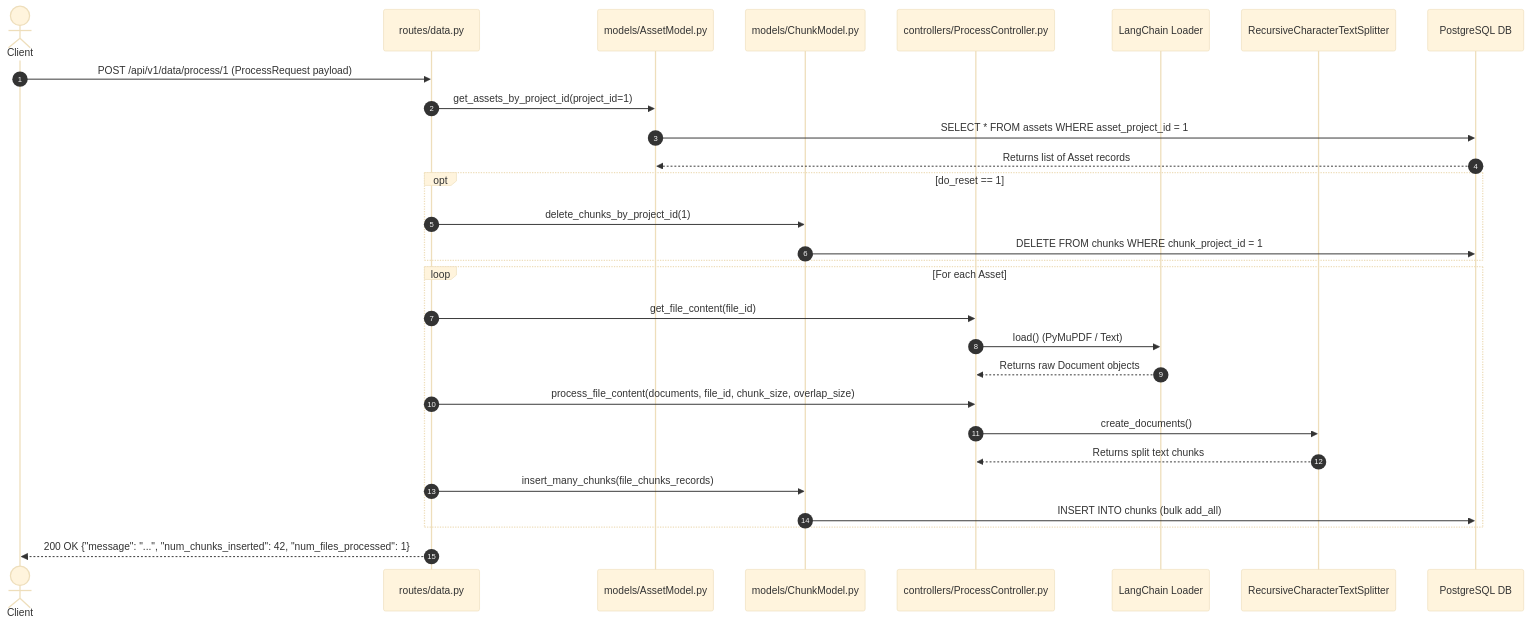
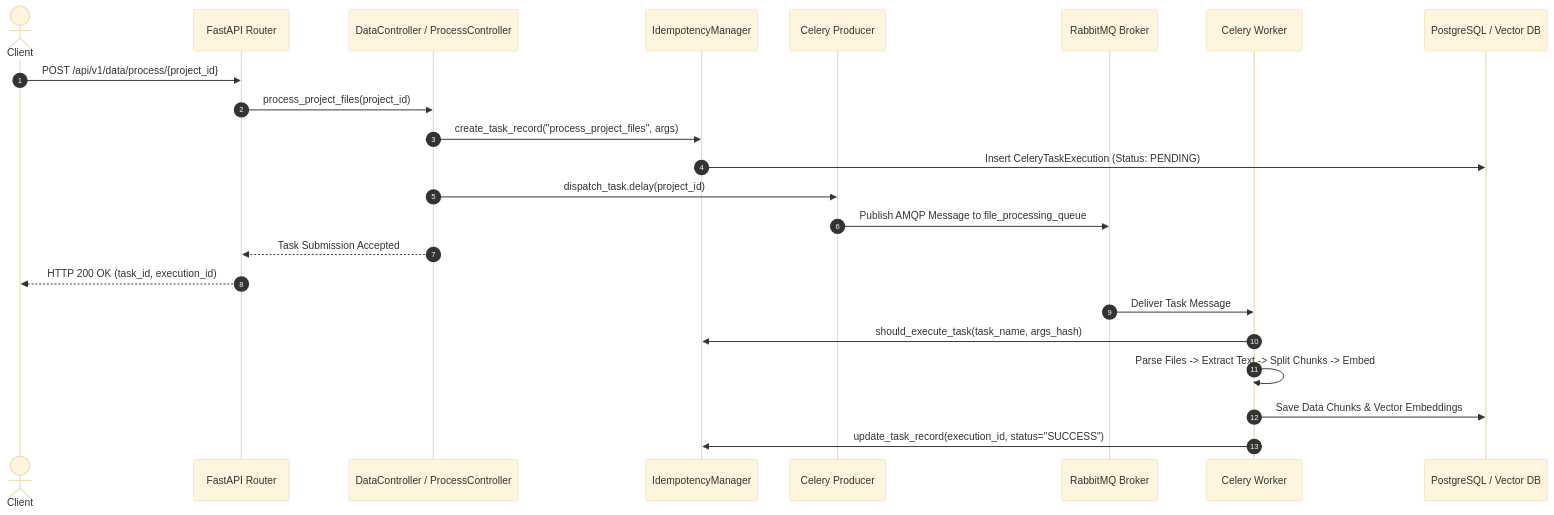
The third of 8 diagrams in README.md (ahmedeldamaty20/mini-rag), drawn with Mermaid (base theme) before and after one commit. The commit also changed other lines of this file and 1 other file, not shown here.

Commit message:
docs: restructure documentation into PROJECT_ARCHITECTURE.md and new production README.md

````diff
--- a/README.md
+++ b/README.md
@@ -331,32 +179,27 @@
 ```mermaid
 sequenceDiagram
     autonumber
     actor Client
-    participant Router as routes/data.py
-    participant AssetModel as models/AssetModel.py
-    participant ChunkModel as models/ChunkModel.py
-    participant ProcCtrl as controllers/ProcessController.py
-    participant Loader as LangChain Loader
-    participant Splitter as RecursiveCharacterTextSplitter
-    participant DB as PostgreSQL DB
+    participant API as FastAPI Router
+    participant Controller as DataController / ProcessController
+    participant Idem as IdempotencyManager
+    participant Celery as Celery Producer
+    participant Broker as RabbitMQ Broker
+    participant Worker as Celery Worker
+    participant DB as PostgreSQL / Vector DB
 
-    Client->>Router: POST /api/v1/data/process/1 (ProcessRequest payload)
-    Router->>AssetModel: get_assets_by_project_id(project_id=1)
-    AssetModel->>DB: SELECT * FROM assets WHERE asset_project_id = 1
-    DB-->>AssetModel: Returns list of Asset records
-    opt do_reset == 1
-        Router->>ChunkModel: delete_chunks_by_project_id(1)
-        ChunkModel->>DB: DELETE FROM chunks WHERE chunk_project_id = 1
-    end
-    loop For each Asset
-        Router->>ProcCtrl: get_file_content(file_id)
-        ProcCtrl->>Loader: load() (PyMuPDF / Text)
-        Loader-->>ProcCtrl: Returns raw Document objects
-        Router->>ProcCtrl: process_file_content(documents, file_id, chunk_size, overlap_size)
-        ProcCtrl->>Splitter: create_documents()
-        Splitter-->>ProcCtrl: Returns split text chunks
-        Router->>ChunkModel: insert_many_chunks(file_chunks_records)
-        ChunkModel->>DB: INSERT INTO chunks (bulk add_all)
-    end
-    Router-->>Client: 200 OK {"message": "...", "num_chunks_inserted": 42, "num_files_processed": 1}
+    Client->>API: POST /api/v1/data/process/{project_id}
+    API->>Controller: process_project_files(project_id)
+    Controller->>Idem: create_task_record("process_project_files", args)
+    Idem->>DB: Insert CeleryTaskExecution (Status: PENDING)
+    Controller->>Celery: dispatch_task.delay(project_id)
+    Celery->>Broker: Publish AMQP Message to file_processing_queue
+    Controller-->>API: Task Submission Accepted
+    API-->>Client: HTTP 200 OK (task_id, execution_id)
+    
+    Broker->>Worker: Deliver Task Message
+    Worker->>Idem: should_execute_task(task_name, args_hash)
+    Worker->>Worker: Parse Files -> Extract Text -> Split Chunks -> Embed
+    Worker->>DB: Save Data Chunks & Vector Embeddings
+    Worker->>Idem: update_task_record(execution_id, status="SUCCESS")
 ```
````
